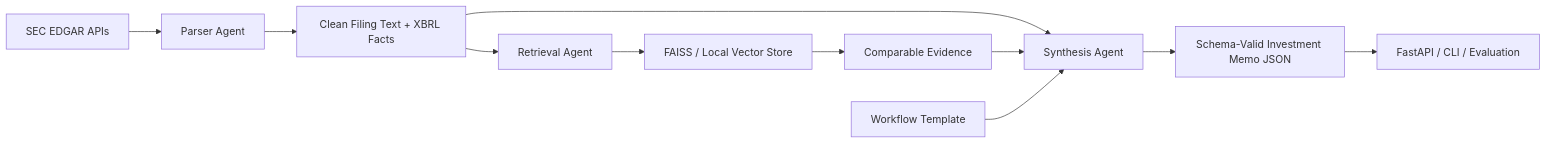
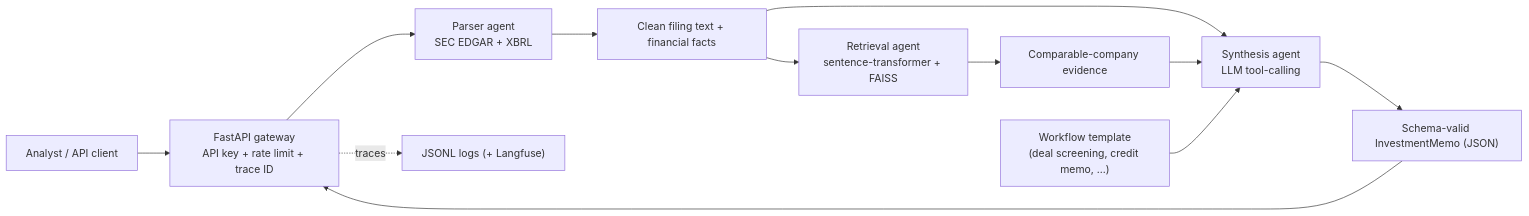
Before and after one commit to SoumithReddy6/Multi-Agent-Financial-Workflow-over-SEC-EDGAR: the diagram in README.md, drawn with Mermaid. The commit also changed other lines of this file and 1 other file, not shown here.

````diff
--- a/README.md
+++ b/README.md
@@ -31,13 +77,14 @@
 ```mermaid
 flowchart LR
-    A["SEC EDGAR APIs"] --> B["Parser Agent"]
-    B --> C["Clean Filing Text + XBRL Facts"]
-    C --> D["Retrieval Agent"]
-    D --> E["FAISS / Local Vector Store"]
-    E --> F["Comparable Evidence"]
-    C --> G["Synthesis Agent"]
-    F --> G
-    H["Workflow Template"] --> G
-    G --> I["Schema-Valid Investment Memo JSON"]
-    I --> J["FastAPI / CLI / Evaluation"]
+    U["Analyst / API client"] --> A["FastAPI gateway<br/>API key + rate limit + trace ID"]
+    A --> B["Parser agent<br/>SEC EDGAR + XBRL"]
+    B --> C["Clean filing text + financial facts"]
+    C --> D["Retrieval agent<br/>sentence-transformer + FAISS"]
+    D --> E["Comparable-company evidence"]
+    C --> F["Synthesis agent<br/>LLM tool-calling"]
+    E --> F
+    G["Workflow template<br/>(deal screening, credit memo, ...)"] --> F
+    F --> H["Schema-valid InvestmentMemo (JSON)"]
+    A -.traces.-> I["JSONL logs (+ Langfuse)"]
+    H --> A
 ```
````
